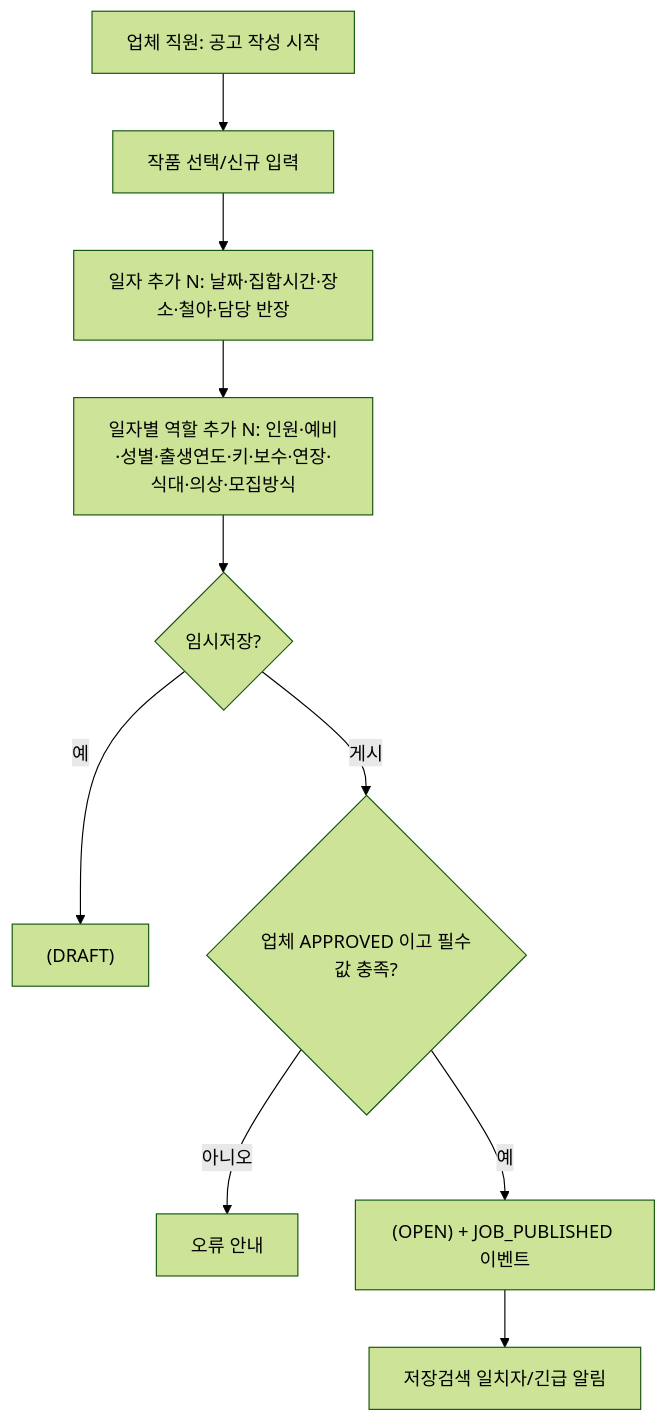
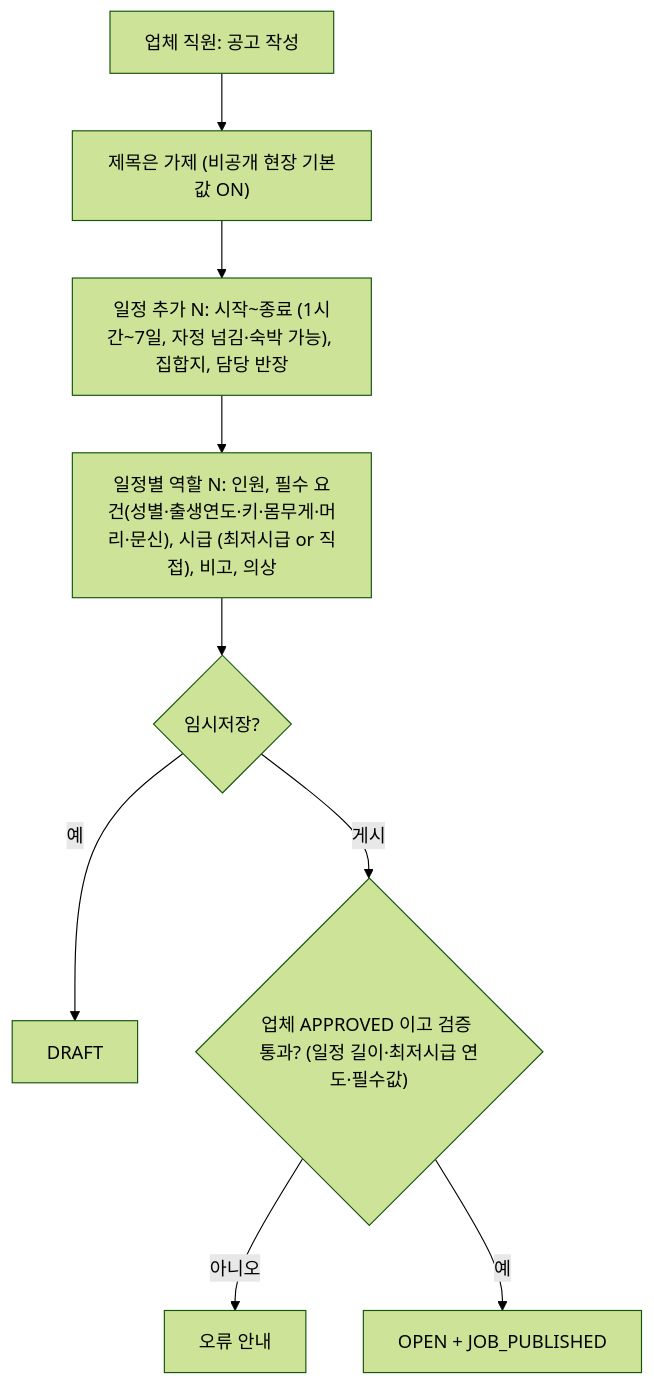
Before and after one commit to 7fsikMinQ/O: the second of 12 diagrams in docs/02_프로세스정의서.md, drawn with Mermaid (forest theme). The commit also changed other lines of this file and 38 other files, not shown here.

````diff
--- a/docs/02_프로세스정의서.md
+++ b/docs/02_프로세스정의서.md
@@ -36,12 +36,11 @@
 ```mermaid
 flowchart TD
-  A[업체 직원: 공고 작성 시작] --> B["작품 선택/신규 입력"]
-  B --> C[일자 추가 N: 날짜·집합시간·장소·철야·담당 반장]
-  C --> D[일자별 역할 추가 N: 인원·예비·성별·출생연도·키·보수·연장·식대·의상·모집방식]
-  D --> E{임시저장?}
-  E -->|예| F["(DRAFT)"]
-  E -->|게시| G{업체 APPROVED 이고 필수값 충족?}
-  G -->|아니오| H[오류 안내]
-  G -->|예| I["(OPEN) + JOB_PUBLISHED 이벤트"]
-  I --> J["저장검색 일치자/긴급 알림"]
+  A["업체 직원: 공고 작성"] --> B["제목은 가제 (비공개 현장 기본값 ON)"]
+  B --> C["일정 추가 N: 시작~종료 (1시간~7일, 자정 넘김·숙박 가능), 집합지, 담당 반장"]
+  C --> D["일정별 역할 N: 인원, 필수 요건(성별·출생연도·키·몸무게·머리·문신), 시급 (최저시급 or 직접), 비고, 의상"]
+  D --> E{"임시저장?"}
+  E -->|예| F["DRAFT"]
+  E -->|게시| G{"업체 APPROVED 이고 검증 통과? (일정 길이·최저시급 연도·필수값)"}
+  G -->|아니오| H["오류 안내"]
+  G -->|예| I["OPEN + JOB_PUBLISHED"]
 ```
````
